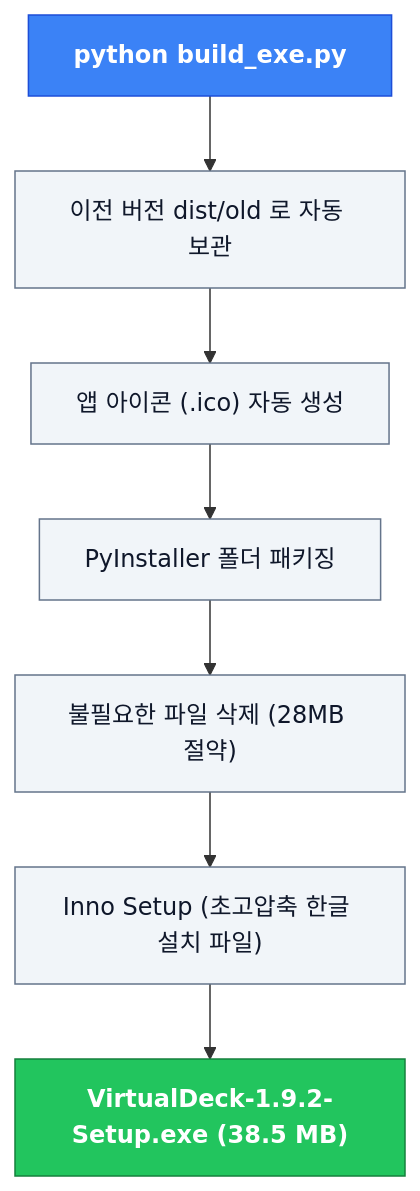
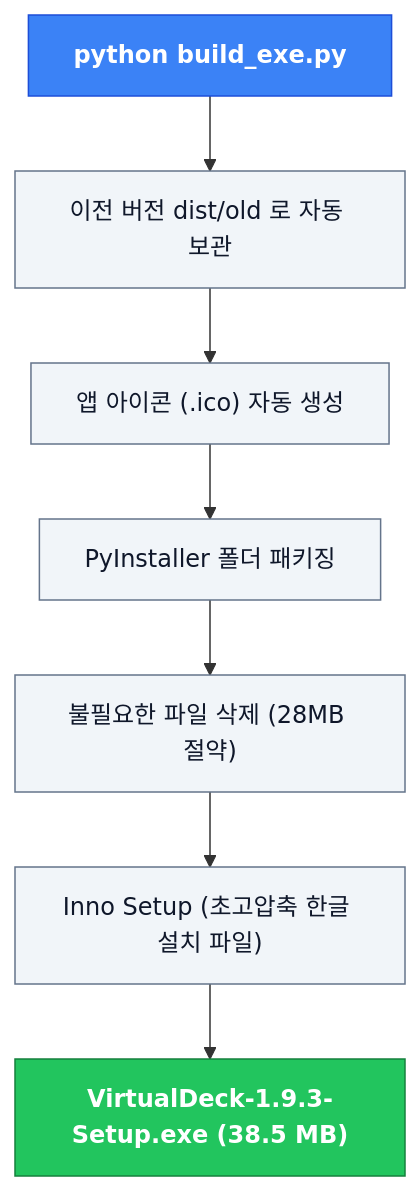
Before and after one commit to sh11025/Virtual_Deck: the seventh of 7 diagrams in README.md, drawn with Mermaid. The commit also changed other lines of this file and 6 other files, not shown here.

````diff
--- a/README.md
+++ b/README.md
@@ -343,13 +343,13 @@
 ```mermaid
 flowchart TD
     classDef head fill:#3b82f6,stroke:#1d4ed8,color:#ffffff,font-weight:bold;
     classDef box fill:#f1f5f9,stroke:#64748b,color:#0f172a;
     classDef done fill:#22c55e,stroke:#15803d,color:#ffffff,font-weight:bold;
 
     A["python build_exe.py"]:::head --> B["이전 버전 dist/old 로 자동 보관"]:::box
     B --> C["앱 아이콘 (.ico) 자동 생성"]:::box
     C --> D["PyInstaller 폴더 패키징"]:::box
     D --> E["불필요한 파일 삭제 (28MB 절약)"]:::box
     E --> F["Inno Setup (초고압축 한글 설치 파일)"]:::box
-    F --> G["VirtualDeck-1.9.2-Setup.exe (38.5 MB)"]:::done
+    F --> G["VirtualDeck-1.9.3-Setup.exe (38.5 MB)"]:::done
 ```
````
